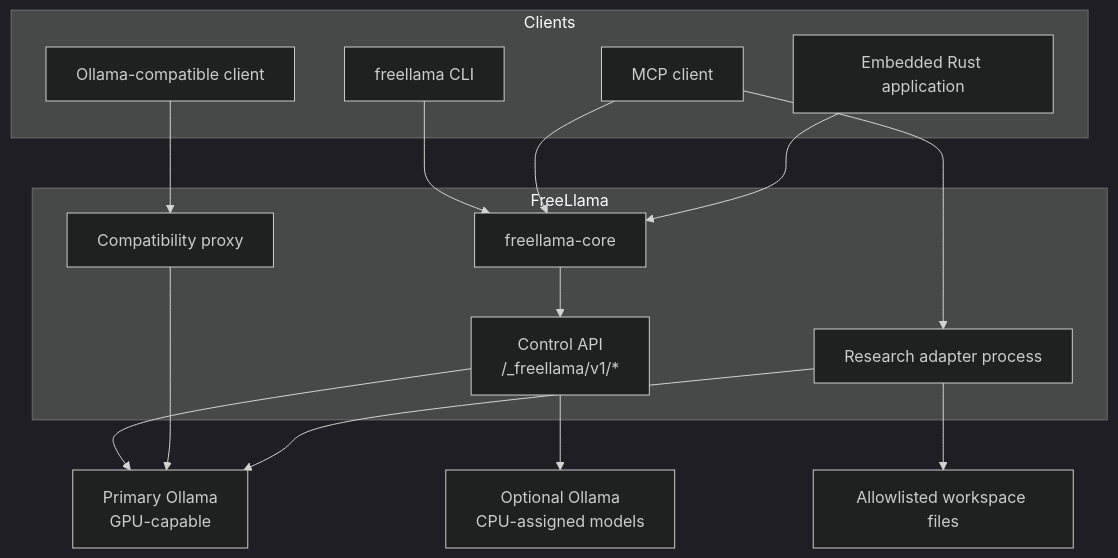
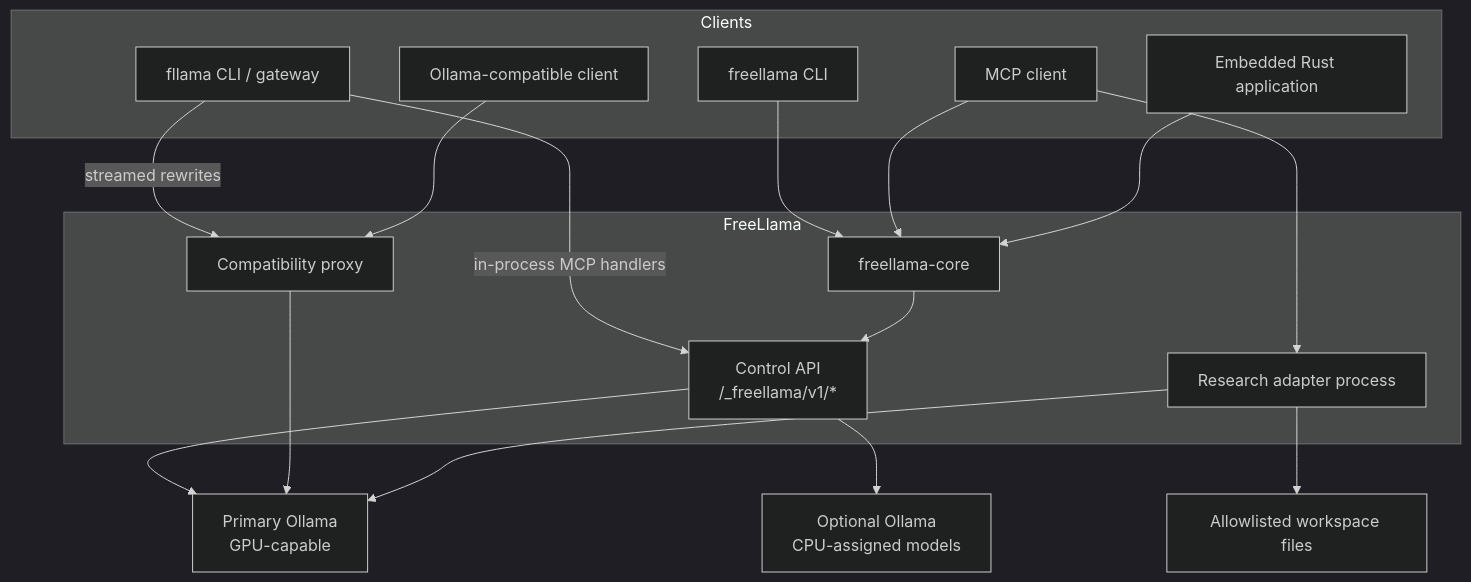
One commit to bgauryy/FreeLlama changed the second of 9 diagrams in docs/ARCHITECTURE.md. Above: the diagram before and after it, drawn with Mermaid (dark theme). The commit also changed other lines of this file and 23 other files, not shown here.

First line of the commit message:
docs: every API on one page, fllama across the guides, zero broken links

````diff
--- a/docs/ARCHITECTURE.md
+++ b/docs/ARCHITECTURE.md
@@ -70,32 +70,35 @@
 ```mermaid
 flowchart TB
     subgraph clients["Clients"]
         CLI["freellama CLI"]
         MCP["MCP client"]
+        FLL["fllama CLI / gateway"]
         RUST["Embedded Rust application"]
         RAW["Ollama-compatible client"]
     end
 
     subgraph freellama["FreeLlama"]
         CORE["freellama-core"]
         API["Control API<br/>/_freellama/v1/*"]
         PX["Compatibility proxy"]
         ADAPTER["Research adapter process"]
     end
 
     GPU["Primary Ollama<br/>GPU-capable"]
     CPU["Optional Ollama<br/>CPU-assigned models"]
     FILES["Allowlisted workspace files"]
 
     CLI --> CORE
     MCP --> CORE
+    FLL -->|"in-process MCP handlers"| API
+    FLL -->|"streamed rewrites"| PX
     RUST --> CORE
     CORE --> API
     RAW --> PX
     API --> GPU
     API --> CPU
     PX --> GPU
     MCP --> ADAPTER
     ADAPTER --> FILES
     ADAPTER --> GPU
 ```
````
